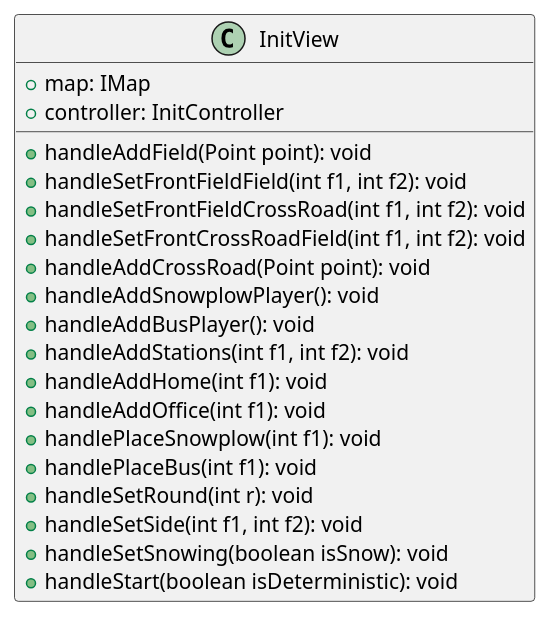
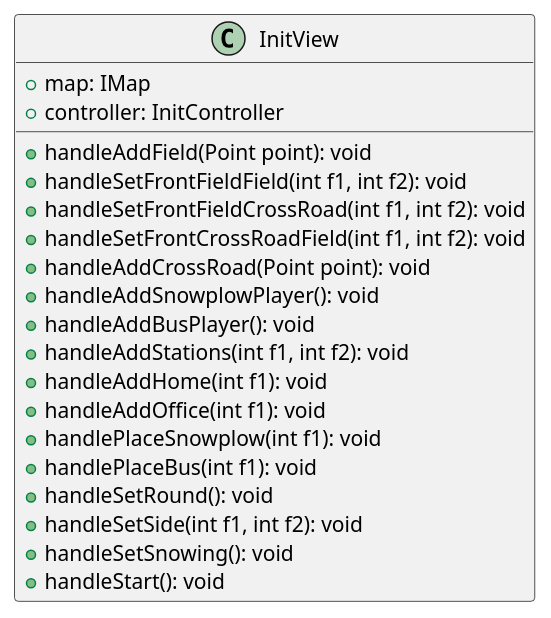
One commit to uhrinandor/spring changed the diagram in docs/graphics/class/IntiView.plantuml. Above: the diagram before and after it, drawn with PlantUML. The commit also changed 1 other file, not shown here.

```diff
--- a/docs/graphics/class/IntiView.plantuml
+++ b/docs/graphics/class/IntiView.plantuml
@@ -1,22 +1,22 @@
 class InitView{
     + map: IMap
     + controller: InitController
 
-
+    
     + handleAddField(Point point): void
     + handleSetFrontFieldField(int f1, int f2): void
     + handleSetFrontFieldCrossRoad(int f1, int f2): void
     + handleSetFrontCrossRoadField(int f1, int f2): void
     + handleAddCrossRoad(Point point): void
     + handleAddSnowplowPlayer(): void
     + handleAddBusPlayer(): void
     + handleAddStations(int f1, int f2): void
     + handleAddHome(int f1): void
     + handleAddOffice(int f1): void
     + handlePlaceSnowplow(int f1): void
     + handlePlaceBus(int f1): void
-    + handleSetRound(int r): void
+    + handleSetRound(): void
     + handleSetSide(int f1, int f2): void
-    + handleSetSnowing(boolean isSnow): void
-    + handleStart(boolean isDeterministic): void
+    + handleSetSnowing(): void
+    + handleStart(): void
 }
```
